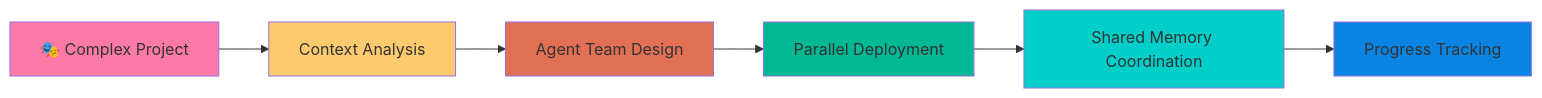
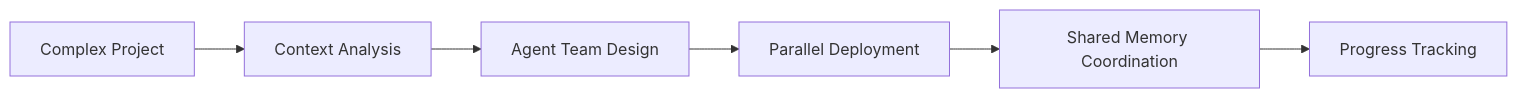
The third of 4 diagrams in README.md (Gravicity/SAZ-Mini), drawn with Mermaid before and after one commit. The commit also changed other lines of this file, not shown here.

````diff
--- a/README.md
+++ b/README.md
@@ -254,15 +242,8 @@
 ```mermaid
 flowchart LR
-    A["🎭 Complex Project"] --> B["Context Analysis"]
-    B --> C["Agent Team Design"]
-    C --> D["Parallel Deployment"]
-    D --> E["Shared Memory Coordination"]
-    E --> F["Progress Tracking"]
-    
-    style A fill:#fd79a8
-    style B fill:#fdcb6e
-    style C fill:#e17055
-    style D fill:#00b894
-    style E fill:#00cec9
-    style F fill:#0984e3
+    A[Complex Project] --> B[Context Analysis]
+    B --> C[Agent Team Design]
+    C --> D[Parallel Deployment]
+    D --> E[Shared Memory Coordination]
+    E --> F[Progress Tracking]
 ```
````
